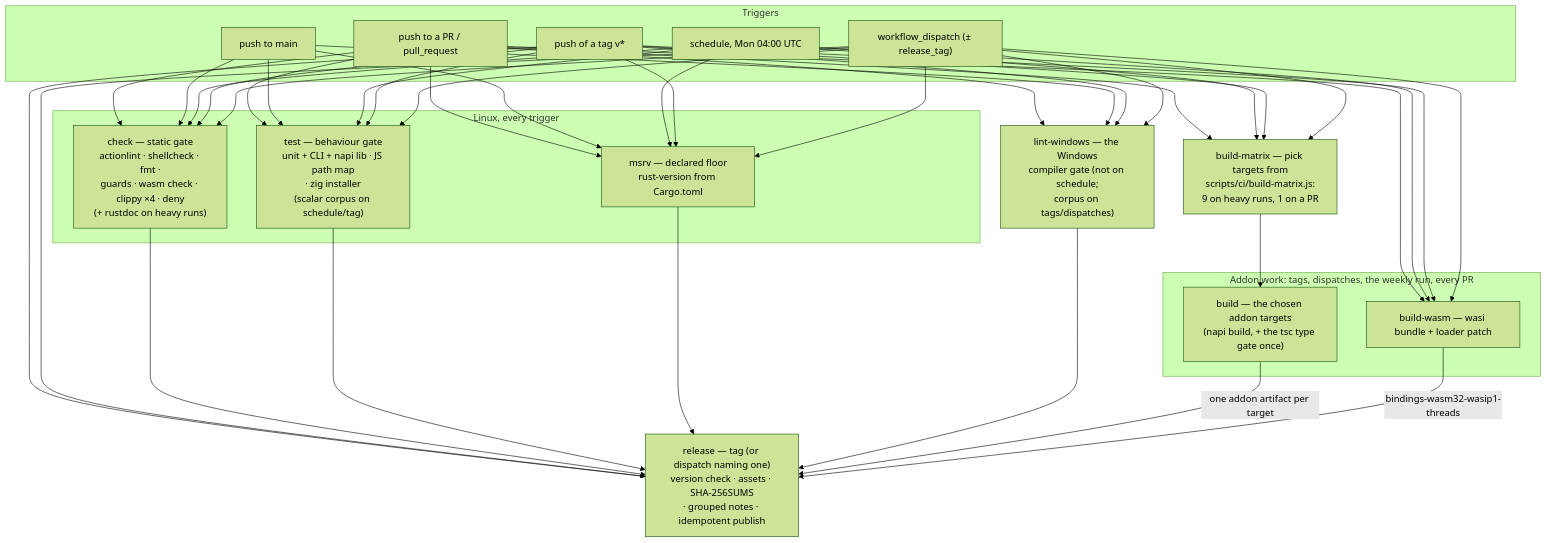
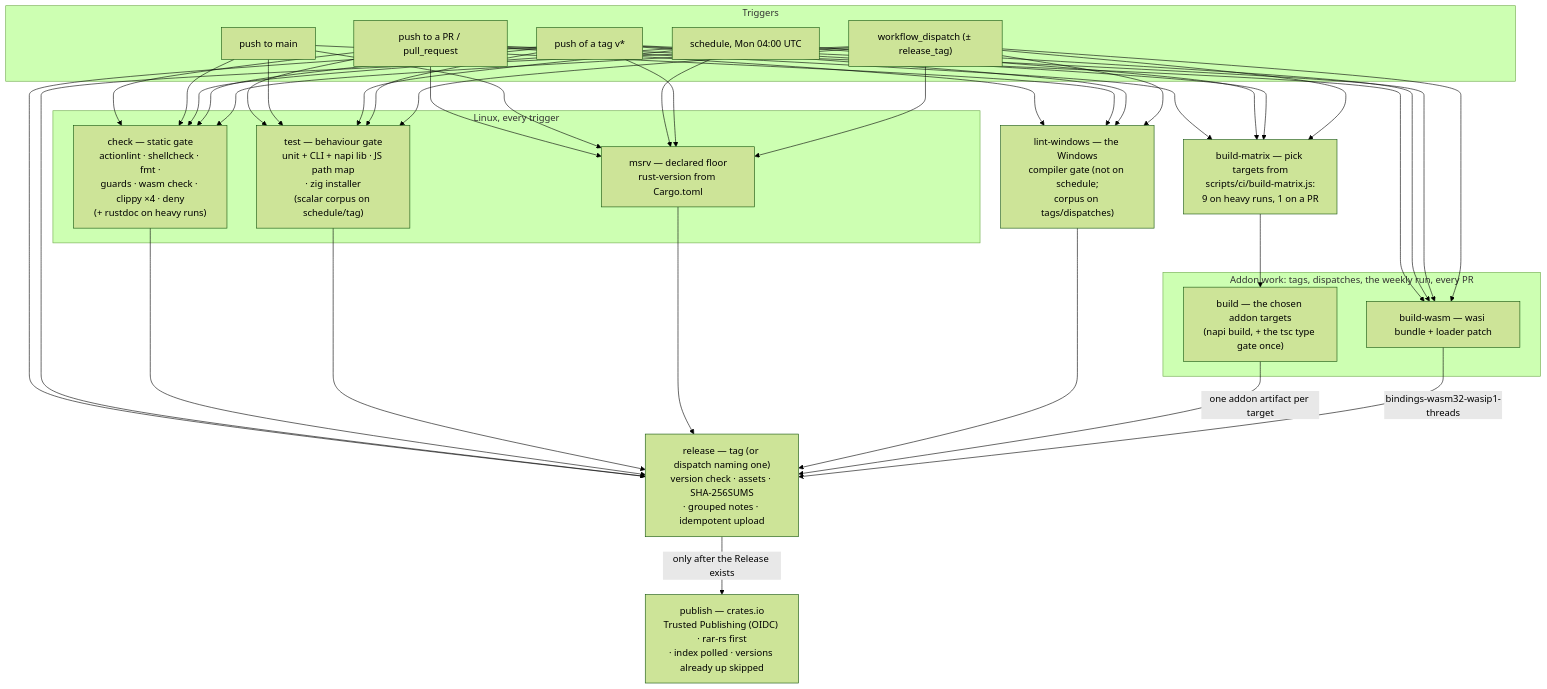
The diagram in docs/ci.md (yjdyamv/rar-rs), drawn with Mermaid (forest theme) before and after one commit. The commit also changed other lines of this file and 5 other files, not shown here.

First line of the commit message:
ci: publish the crates from the tag run

````diff
--- a/docs/ci.md
+++ b/docs/ci.md
@@ -10,47 +10,50 @@
 ```mermaid
 flowchart TD
   subgraph trig[Triggers]
     pr[push to a PR / pull_request]
     main[push to main]
     tag["push of a tag v*"]
     disp["workflow_dispatch (± release_tag)"]
     cron[schedule, Mon 04:00 UTC]
   end
 
   subgraph linux[Linux, every trigger]
     check["check — static gate<br/>actionlint · shellcheck · fmt ·<br/>guards · wasm check · clippy ×4 · deny<br/>(+ rustdoc on heavy runs)"]
     test["test — behaviour gate<br/>unit + CLI + napi lib · JS path map<br/>· zig installer<br/>(scalar corpus on schedule/tag)"]
     msrv["msrv — declared floor<br/>rust-version from Cargo.toml"]
   end
 
   win["lint-windows — the Windows<br/>compiler gate (not on schedule;<br/>corpus on tags/dispatches)"]
 
   sel["build-matrix — pick targets from<br/>scripts/ci/build-matrix.js:<br/>9 on heavy runs, 1 on a PR"]
 
   subgraph heavy[Addon work: tags, dispatches, the weekly run, every PR]
     build["build — the chosen addon targets<br/>(napi build, + the tsc type gate once)"]
     wasm["build-wasm — wasi bundle + loader patch"]
   end
 
-  rel["release — tag (or dispatch naming one)<br/>version check · assets · SHA-256SUMS<br/>· grouped notes · idempotent publish"]
+  rel["release — tag (or dispatch naming one)<br/>version check · assets · SHA-256SUMS<br/>· grouped notes · idempotent upload"]
+
+  pub["publish — crates.io<br/>Trusted Publishing (OIDC) · rar-rs first<br/>· index polled · versions already up skipped"]
 
   pr --> check & test & msrv & win
   main --> check & test & msrv & win
   cron --> check & test & msrv
   tag --> check & test & msrv & win
   disp --> check & test & msrv & win
   pr --> sel & wasm
   cron --> sel & wasm
   tag --> sel & wasm
   disp --> sel & wasm
   sel --> build
   tag --> rel
   disp --> rel
 
   check --> rel
   test --> rel
   msrv --> rel
   win --> rel
   build -->|"one addon artifact per target"| rel
   wasm -->|"bindings-wasm32-wasip1-threads"| rel
+  rel -->|"only after the Release exists"| pub
 ```
````
